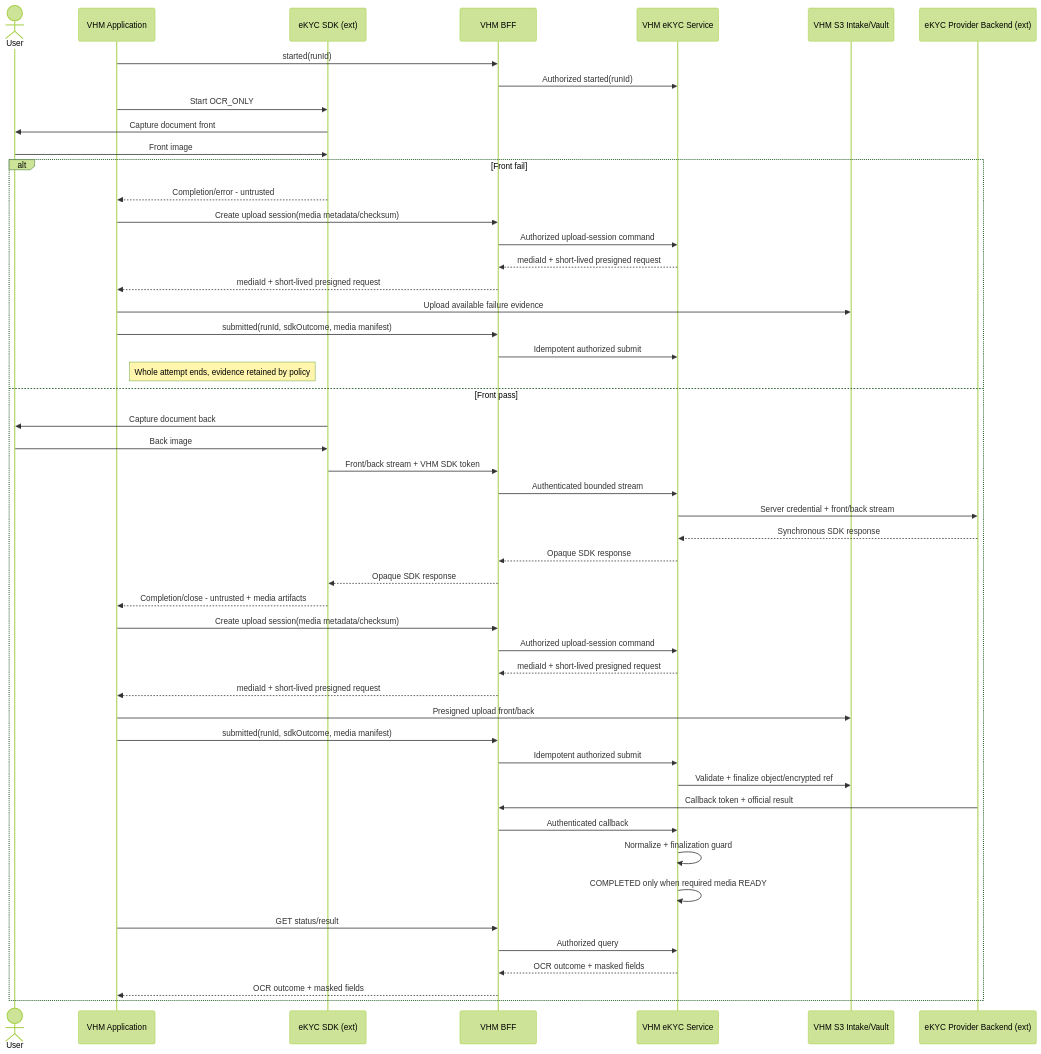
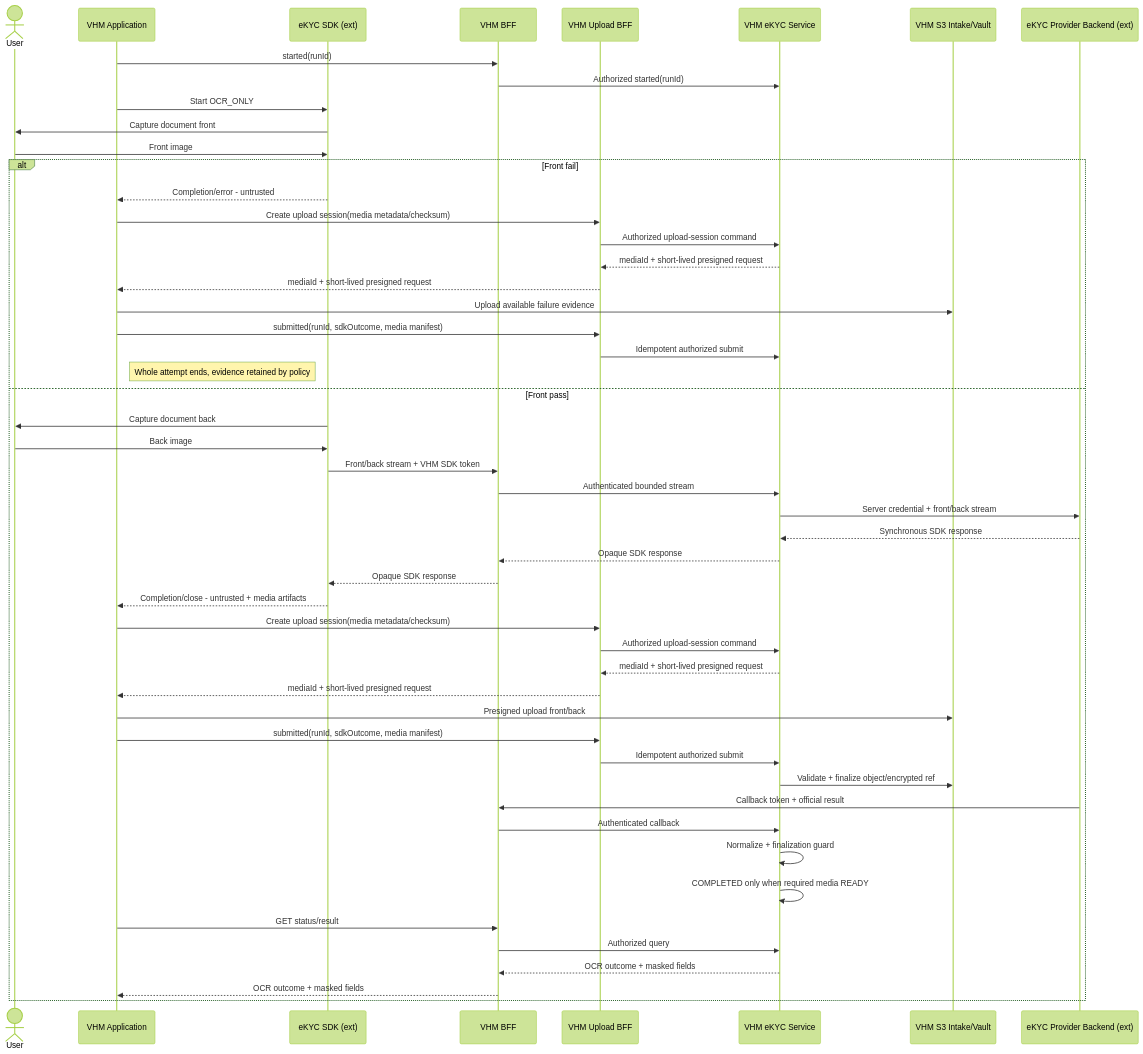
Before and after one commit to huynv-xyz/vhm: diagram 12 of 19 in tdd2.md, drawn with Mermaid (forest theme). The commit also changed other lines of this file, not shown here.

````diff
--- a/tdd2.md
+++ b/tdd2.md
@@ -1221,52 +1253,53 @@
 ```mermaid
 sequenceDiagram
     actor User
     participant APP as VHM Application
     participant SDK as eKYC SDK (ext)
     participant BFF as VHM BFF
+    participant UPLOAD_BFF as VHM Upload BFF
     participant EKYC_SERVICE as VHM eKYC Service
     participant S3 as VHM S3 Intake/Vault
     participant BACKEND as eKYC Provider Backend (ext)
     APP->>BFF: started(runId)
     BFF->>EKYC_SERVICE: Authorized started(runId)
     APP->>SDK: Start OCR_ONLY
     SDK->>User: Capture document front
     User->>SDK: Front image
     alt Front fail
         SDK-->>APP: Completion/error - untrusted
-        APP->>BFF: Create upload session(media metadata/checksum)
-        BFF->>EKYC_SERVICE: Authorized upload-session command
-        EKYC_SERVICE-->>BFF: mediaId + short-lived presigned request
-        BFF-->>APP: mediaId + short-lived presigned request
+        APP->>UPLOAD_BFF: Create upload session(media metadata/checksum)
+        UPLOAD_BFF->>EKYC_SERVICE: Authorized upload-session command
+        EKYC_SERVICE-->>UPLOAD_BFF: mediaId + short-lived presigned request
+        UPLOAD_BFF-->>APP: mediaId + short-lived presigned request
         APP->>S3: Upload available failure evidence
-        APP->>BFF: submitted(runId, sdkOutcome, media manifest)
-        BFF->>EKYC_SERVICE: Idempotent authorized submit
+        APP->>UPLOAD_BFF: submitted(runId, sdkOutcome, media manifest)
+        UPLOAD_BFF->>EKYC_SERVICE: Idempotent authorized submit
         Note right of APP: Whole attempt ends, evidence retained by policy
     else Front pass
         SDK->>User: Capture document back
         User->>SDK: Back image
         SDK->>BFF: Front/back stream + VHM SDK token
         BFF->>EKYC_SERVICE: Authenticated bounded stream
         EKYC_SERVICE->>BACKEND: Server credential + front/back stream
         BACKEND-->>EKYC_SERVICE: Synchronous SDK response
         EKYC_SERVICE-->>BFF: Opaque SDK response
         BFF-->>SDK: Opaque SDK response
         SDK-->>APP: Completion/close - untrusted + media artifacts
-        APP->>BFF: Create upload session(media metadata/checksum)
-        BFF->>EKYC_SERVICE: Authorized upload-session command
-        EKYC_SERVICE-->>BFF: mediaId + short-lived presigned request
-        BFF-->>APP: mediaId + short-lived presigned request
+        APP->>UPLOAD_BFF: Create upload session(media metadata/checksum)
+        UPLOAD_BFF->>EKYC_SERVICE: Authorized upload-session command
+        EKYC_SERVICE-->>UPLOAD_BFF: mediaId + short-lived presigned request
+        UPLOAD_BFF-->>APP: mediaId + short-lived presigned request
         APP->>S3: Presigned upload front/back
-        APP->>BFF: submitted(runId, sdkOutcome, media manifest)
-        BFF->>EKYC_SERVICE: Idempotent authorized submit
+        APP->>UPLOAD_BFF: submitted(runId, sdkOutcome, media manifest)
+        UPLOAD_BFF->>EKYC_SERVICE: Idempotent authorized submit
         EKYC_SERVICE->>S3: Validate + finalize object/encrypted ref
         BACKEND->>BFF: Callback token + official result
         BFF->>EKYC_SERVICE: Authenticated callback
         EKYC_SERVICE->>EKYC_SERVICE: Normalize + finalization guard
         EKYC_SERVICE->>EKYC_SERVICE: COMPLETED only when required media READY
         APP->>BFF: GET status/result
         BFF->>EKYC_SERVICE: Authorized query
         EKYC_SERVICE-->>BFF: OCR outcome + masked fields
         BFF-->>APP: OCR outcome + masked fields
     end
 ```
````
